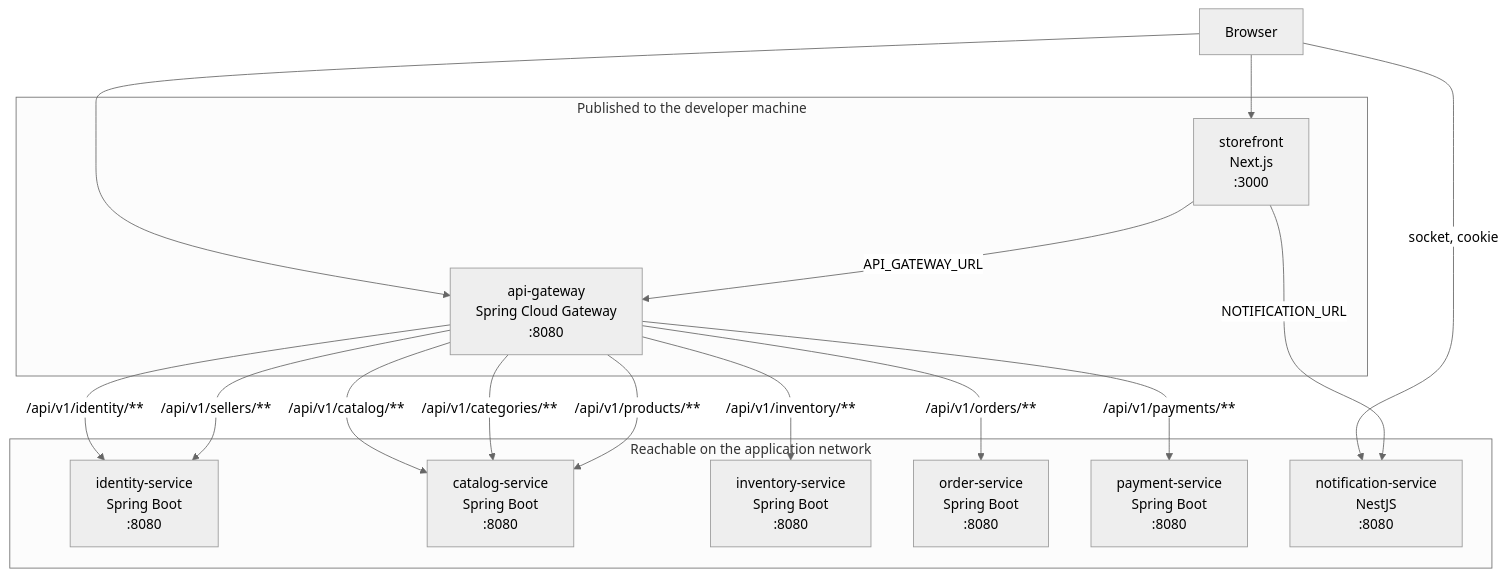
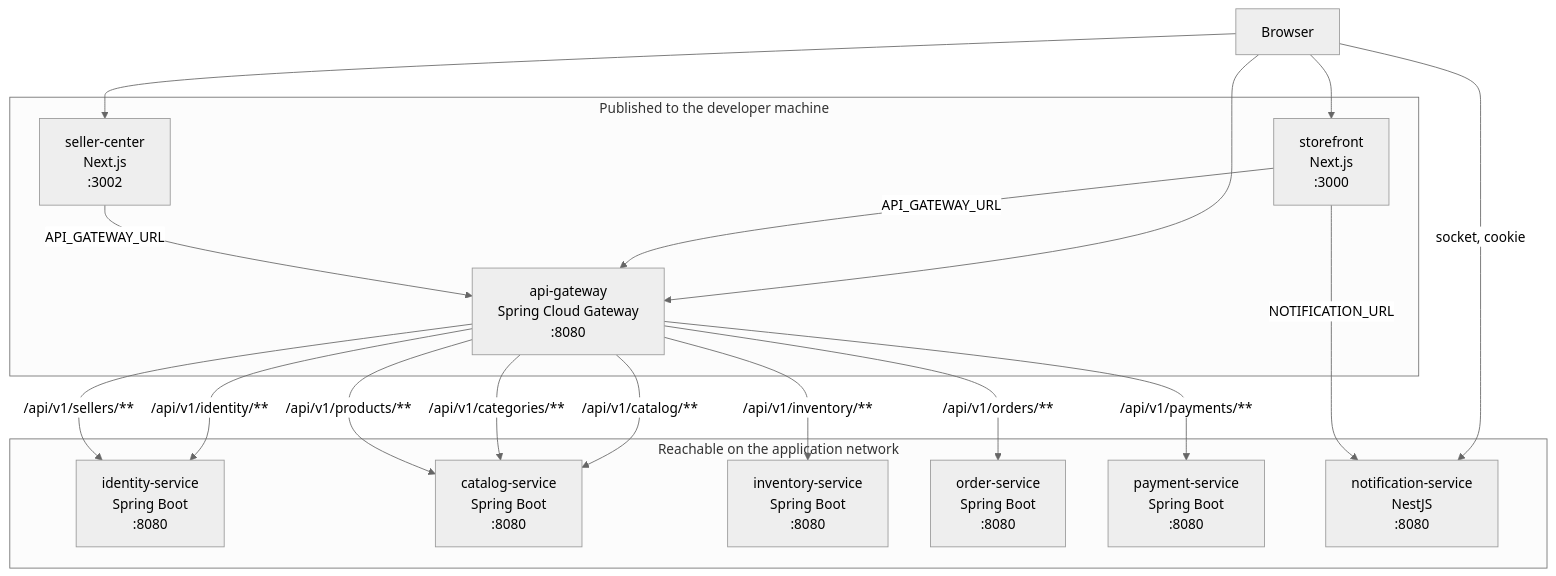
One commit to lecongnhat247/bazaar changed the diagram in docs/architecture/container-diagram.md. Above: the diagram before and after it, drawn with Mermaid (neutral theme). The commit also changed 62 other files, not shown here.

Commit message:
Add a seller desk that lists only that seller's order lines and campaigns, so Seller Center cannot read another seller's sales.

````diff
--- a/docs/architecture/container-diagram.md
+++ b/docs/architecture/container-diagram.md
@@ -5,32 +5,35 @@
 ```mermaid
 flowchart TB
   browser[Browser]
 
   subgraph clientHost [Published to the developer machine]
     storefront["storefront<br/>Next.js<br/>:3000"]
+    sellerCenter["seller-center<br/>Next.js<br/>:3002"]
     gateway["api-gateway<br/>Spring Cloud Gateway<br/>:8080"]
   end
 
   subgraph internal [Reachable on the application network]
     identity["identity-service<br/>Spring Boot<br/>:8080"]
     catalog["catalog-service<br/>Spring Boot<br/>:8080"]
     inventory["inventory-service<br/>Spring Boot<br/>:8080"]
     orders["order-service<br/>Spring Boot<br/>:8080"]
     payments["payment-service<br/>Spring Boot<br/>:8080"]
     notify["notification-service<br/>NestJS<br/>:8080"]
   end
 
   browser --> storefront
+  browser --> sellerCenter
   browser --> gateway
   browser -->|socket, cookie| notify
   storefront -->|API_GATEWAY_URL| gateway
+  sellerCenter -->|API_GATEWAY_URL| gateway
   storefront -->|NOTIFICATION_URL| notify
   gateway -->|/api/v1/identity/**| identity
   gateway -->|/api/v1/sellers/**| identity
   gateway -->|/api/v1/catalog/**| catalog
   gateway -->|/api/v1/categories/**| catalog
   gateway -->|/api/v1/products/**| catalog
   gateway -->|/api/v1/inventory/**| inventory
   gateway -->|/api/v1/orders/**| orders
   gateway -->|/api/v1/payments/**| payments
 ```
````
